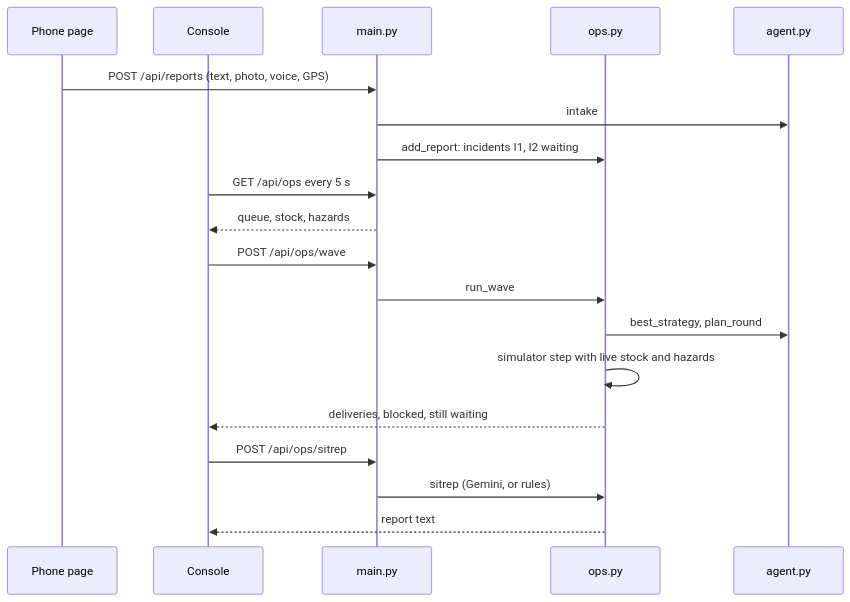
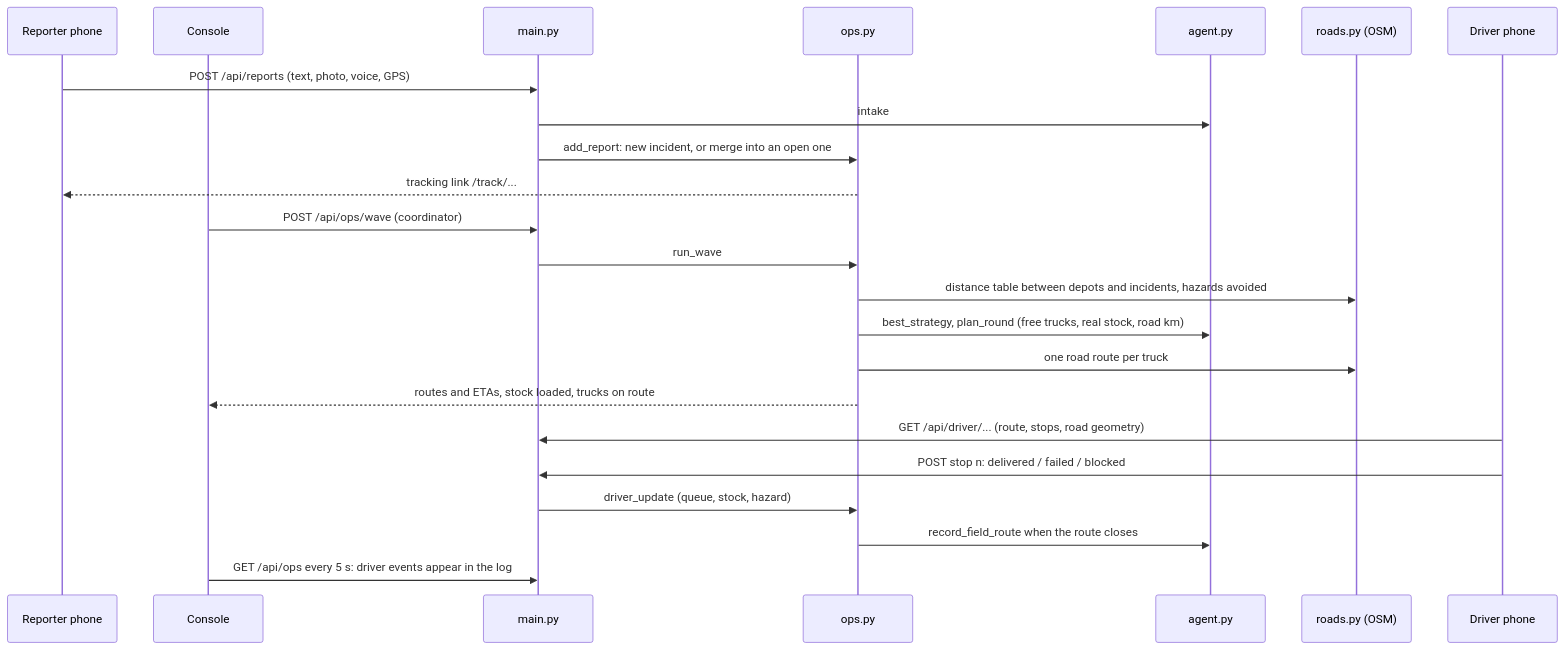
The seventh of 7 diagrams in docs/architecture.md (Pranav-0710/reliefroute), drawn with Mermaid before and after one commit. The commit also changed other lines of this file and 15 other files, not shown here.

Commit message:
Real dispatch loop: road routes on OpenStreetMap, driver pages, field feedback learning, editable depots and fleet, request tracking, duplicate merging, coordinator sign-in

````diff
--- a/docs/architecture.md
+++ b/docs/architecture.md
@@ -378,21 +407,25 @@
 ```mermaid
 sequenceDiagram
-    participant F as Phone page
+    participant F as Reporter phone
     participant C as Console
     participant API as main.py
     participant O as ops.py
     participant AG as agent.py
+    participant R as roads.py (OSM)
+    participant D as Driver phone
     F->>API: POST /api/reports (text, photo, voice, GPS)
     API->>AG: intake
-    API->>O: add_report: incidents I1, I2 waiting
-    C->>API: GET /api/ops every 5 s
-    API-->>C: queue, stock, hazards
-    C->>API: POST /api/ops/wave
+    API->>O: add_report: new incident, or merge into an open one
+    O-->>F: tracking link /track/...
+    C->>API: POST /api/ops/wave (coordinator)
     API->>O: run_wave
-    O->>AG: best_strategy, plan_round
-    O->>O: simulator step with live stock and hazards
-    O-->>C: deliveries, blocked, still waiting
-    C->>API: POST /api/ops/sitrep
-    API->>O: sitrep (Gemini, or rules)
-    O-->>C: report text
+    O->>R: distance table between depots and incidents, hazards avoided
+    O->>AG: best_strategy, plan_round (free trucks, real stock, road km)
+    O->>R: one road route per truck
+    O-->>C: routes and ETAs, stock loaded, trucks on route
+    D->>API: GET /api/driver/... (route, stops, road geometry)
+    D->>API: POST stop n: delivered / failed / blocked
+    API->>O: driver_update (queue, stock, hazard)
+    O->>AG: record_field_route when the route closes
+    C->>API: GET /api/ops every 5 s: driver events appear in the log
 ```
````
